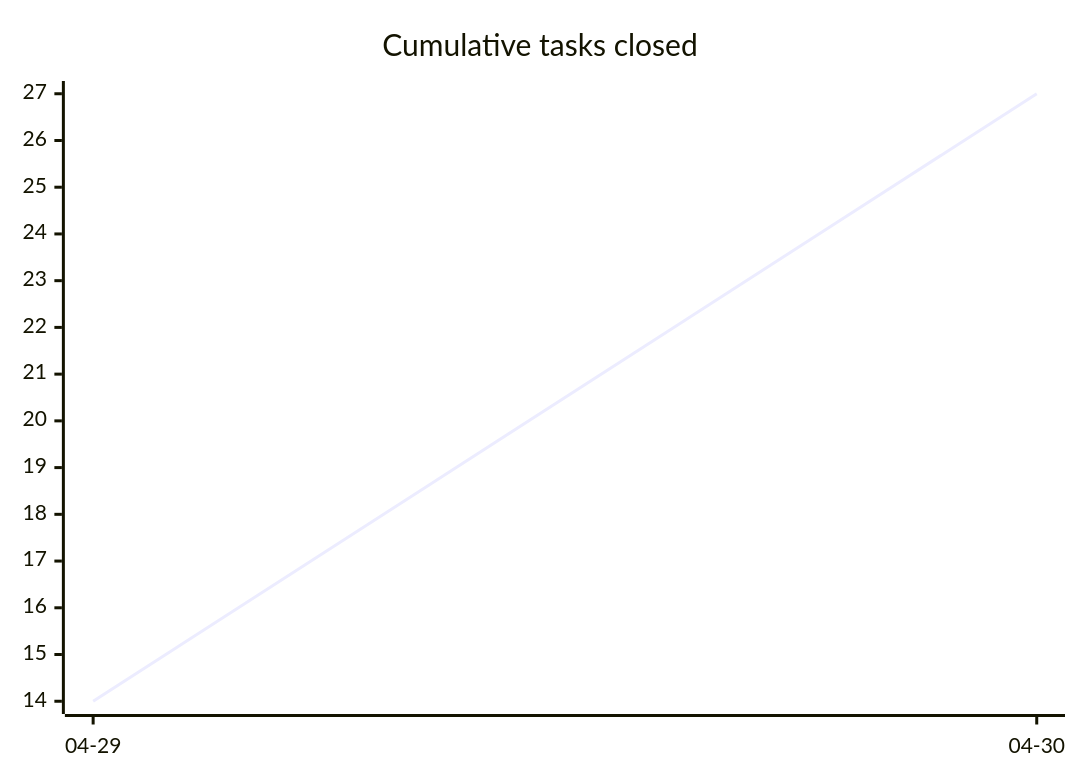
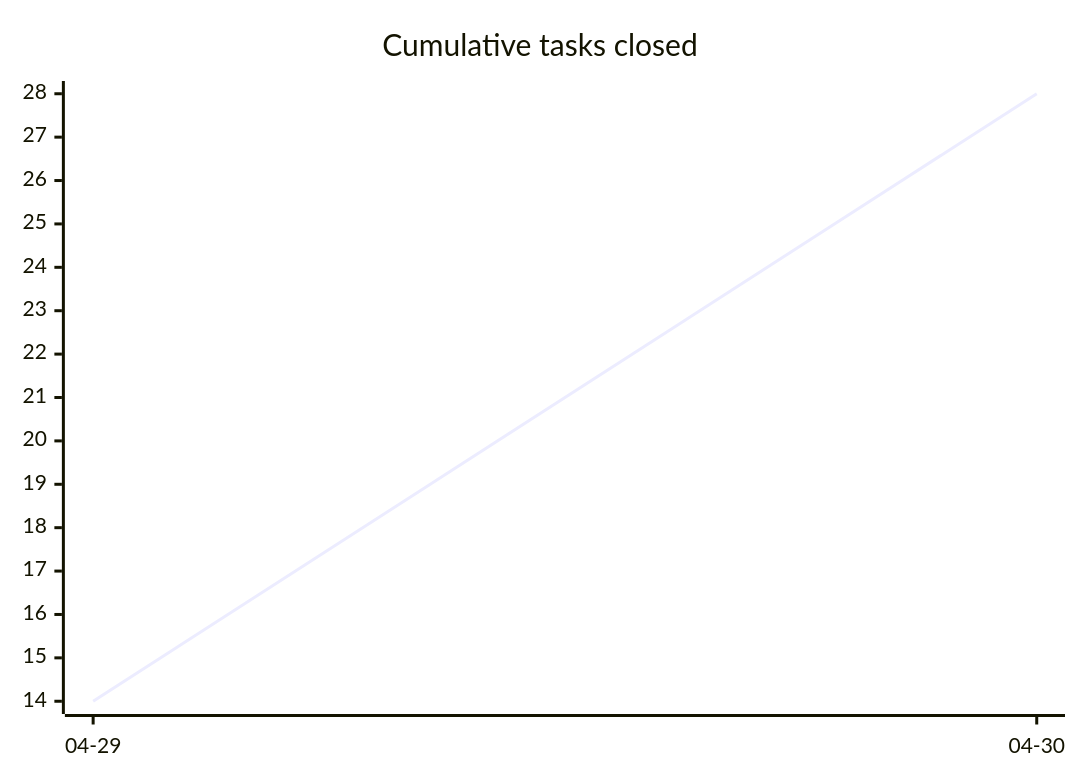
Before and after one commit to tgd1975/AwesomeStudioPedal: the first of 3 diagrams in docs/developers/tasks/OVERVIEW.md, drawn with Mermaid. The commit also changed other lines of this file and 2 other files, not shown here.

````diff
--- a/docs/developers/tasks/OVERVIEW.md
+++ b/docs/developers/tasks/OVERVIEW.md
@@ -20,6 +20,6 @@
 ```mermaid
 xychart-beta
     title "Cumulative tasks closed"
     x-axis ["04-29", "04-30"]
-    line [14, 27]
+    line [14, 28]
 ```
````
